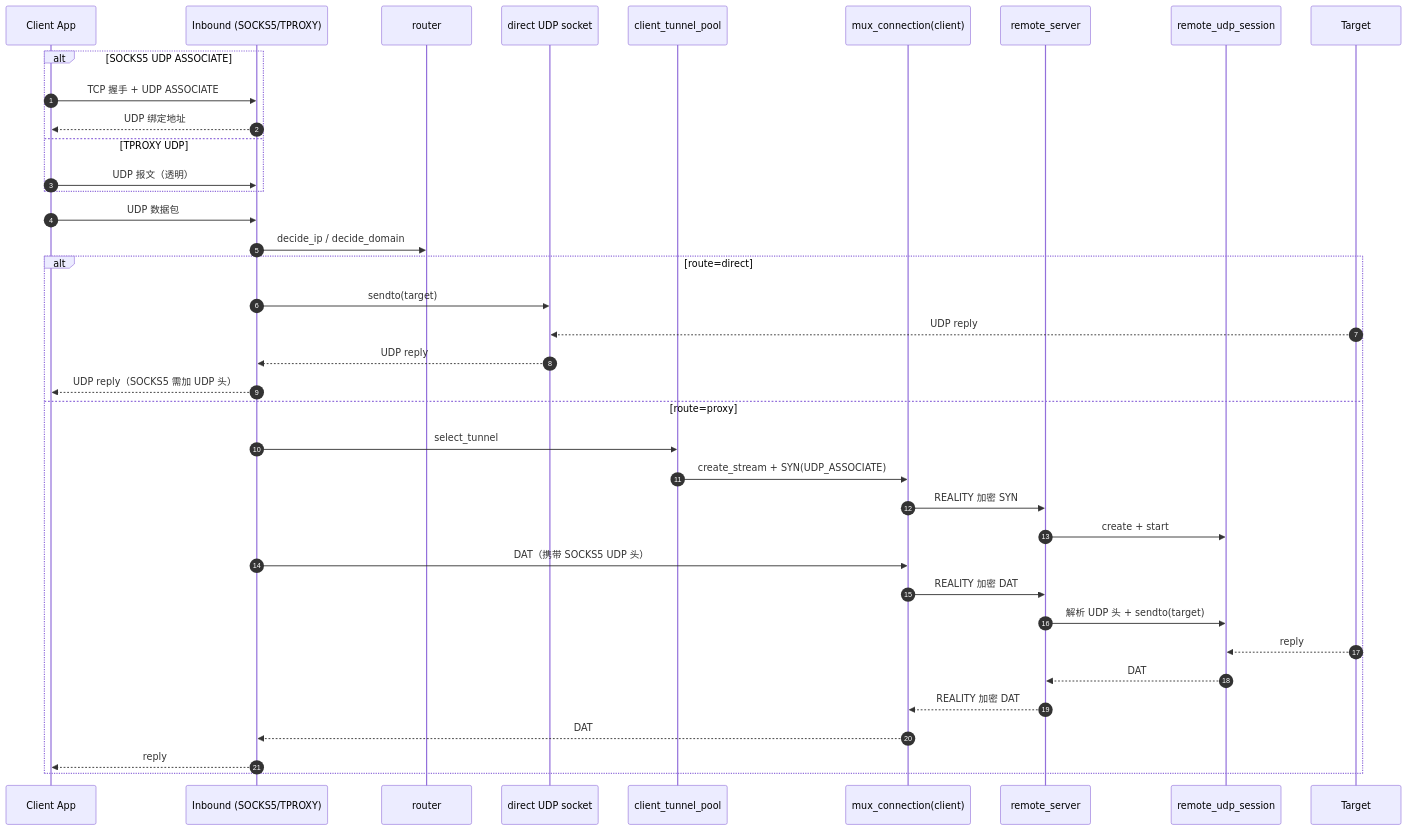
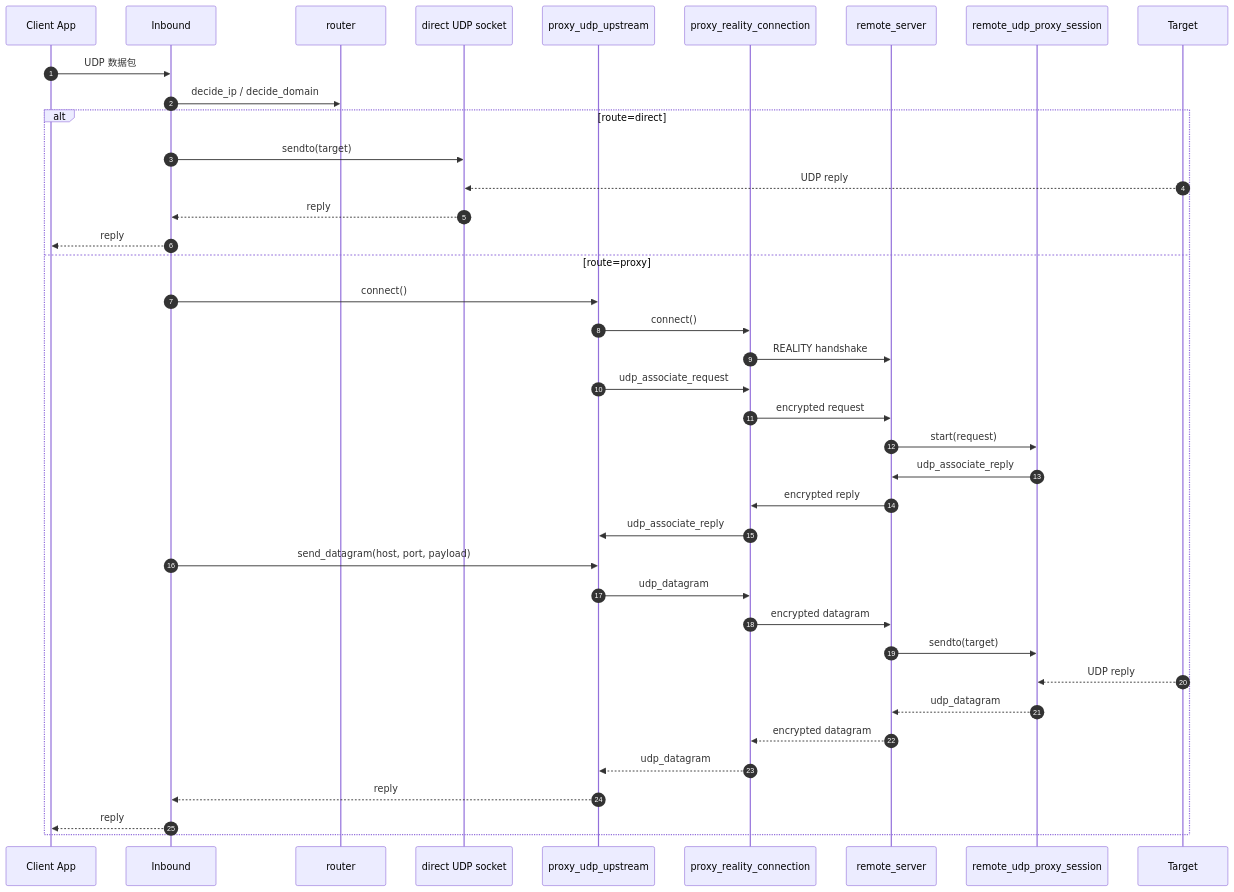
The third of 5 diagrams in doc/flow.md (gyl30/socks), drawn with Mermaid before and after one commit. The commit also changed other lines of this file and 20 other files, not shown here.

````diff
--- a/doc/flow.md
+++ b/doc/flow.md
@@ -164,42 +125,44 @@
 ```mermaid
 sequenceDiagram
   autonumber
   participant App as Client App
-  participant Inb as Inbound (SOCKS5/TPROXY)
+  participant Inb as Inbound
   participant Router as router
   participant Direct as direct UDP socket
-  participant Pool as client_tunnel_pool
-  participant MuxC as mux_connection(client)
-  participant RServer as remote_server
-  participant RUDP as remote_udp_session
+  participant ProxyUdp as proxy_udp_upstream
+  participant Conn as proxy_reality_connection
+  participant Server as remote_server
+  participant RUdp as remote_udp_proxy_session
   participant Target as Target
-
-  alt SOCKS5 UDP ASSOCIATE
-    App->>Inb: TCP 握手 + UDP ASSOCIATE
-    Inb-->>App: UDP 绑定地址
-  else TPROXY UDP
-    App->>Inb: UDP 报文（透明）
-  end
 
   App->>Inb: UDP 数据包
   Inb->>Router: decide_ip / decide_domain
+
   alt route=direct
     Inb->>Direct: sendto(target)
     Target-->>Direct: UDP reply
-    Direct-->>Inb: UDP reply
-    Inb-->>App: UDP reply（SOCKS5 需加 UDP 头）
+    Direct-->>Inb: reply
+    Inb-->>App: reply
   else route=proxy
-    Inb->>Pool: select_tunnel
-    Pool->>MuxC: create_stream + SYN(UDP_ASSOCIATE)
-    MuxC->>RServer: REALITY 加密 SYN
-    RServer->>RUDP: create + start
-    Inb->>MuxC: DAT（携带 SOCKS5 UDP 头）
-    MuxC->>RServer: REALITY 加密 DAT
-    RServer->>RUDP: 解析 UDP 头 + sendto(target)
-    Target-->>RUDP: reply
-    RUDP-->>RServer: DAT
-    RServer-->>MuxC: REALITY 加密 DAT
-    MuxC-->>Inb: DAT
+    Inb->>ProxyUdp: connect()
+    ProxyUdp->>Conn: connect()
+    Conn->>Server: REALITY handshake
+    ProxyUdp->>Conn: udp_associate_request
+    Conn->>Server: encrypted request
+    Server->>RUdp: start(request)
+    RUdp->>Server: udp_associate_reply
+    Server->>Conn: encrypted reply
+    Conn->>ProxyUdp: udp_associate_reply
+
+    Inb->>ProxyUdp: send_datagram(host, port, payload)
+    ProxyUdp->>Conn: udp_datagram
+    Conn->>Server: encrypted datagram
+    Server->>RUdp: sendto(target)
+    Target-->>RUdp: UDP reply
+    RUdp-->>Server: udp_datagram
+    Server-->>Conn: encrypted datagram
+    Conn-->>ProxyUdp: udp_datagram
+    ProxyUdp-->>Inb: reply
     Inb-->>App: reply
   end
 ```
````
